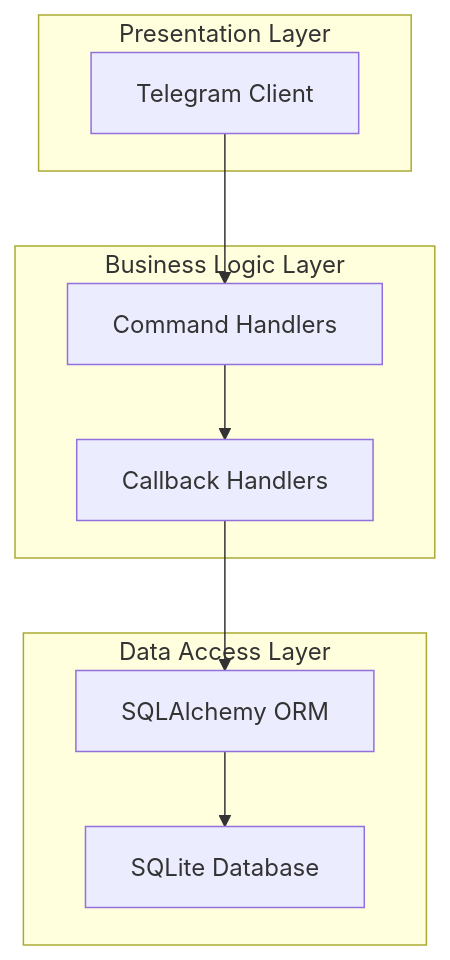
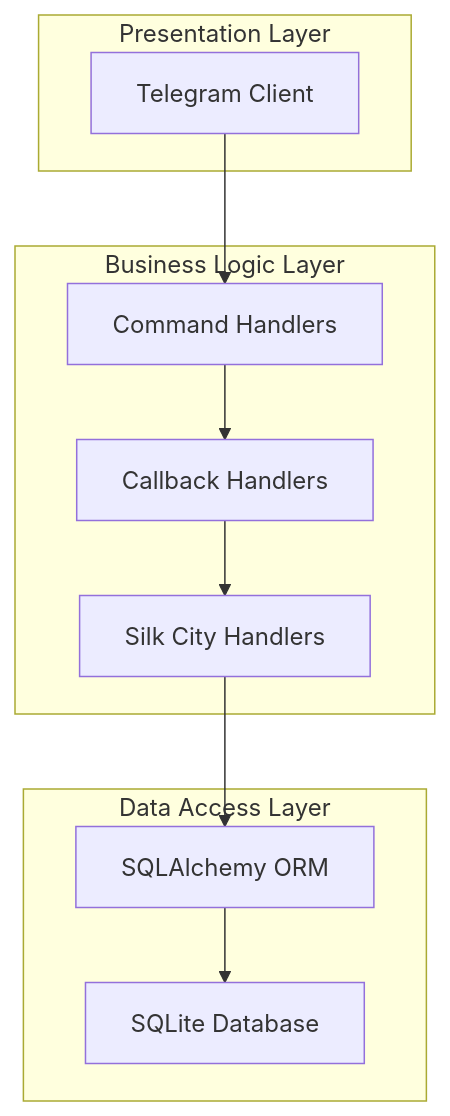
Before and after one commit to AntiLox12/RELOAD: the second of 5 diagrams in .qoder/repowiki/en/content/Core System Architecture/Data Flow.md, drawn with Mermaid. The commit also changed other lines of this file and 18 other files, not shown here.

````diff
--- a/.qoder/repowiki/en/content/Core System Architecture/Data Flow.md
+++ b/.qoder/repowiki/en/content/Core System Architecture/Data Flow.md
@@ -56,18 +67,20 @@
 ```mermaid
 graph TD
 subgraph "Presentation Layer"
 A[Telegram Client]
 end
 subgraph "Business Logic Layer"
 B[Command Handlers]
 C[Callback Handlers]
+D[Silk City Handlers]
 end
 subgraph "Data Access Layer"
-D[SQLAlchemy ORM]
-E[SQLite Database]
+E[SQLAlchemy ORM]
+F[SQLite Database]
 end
 A --> B
 B --> C
 C --> D
 D --> E
+E --> F
 ```
````
